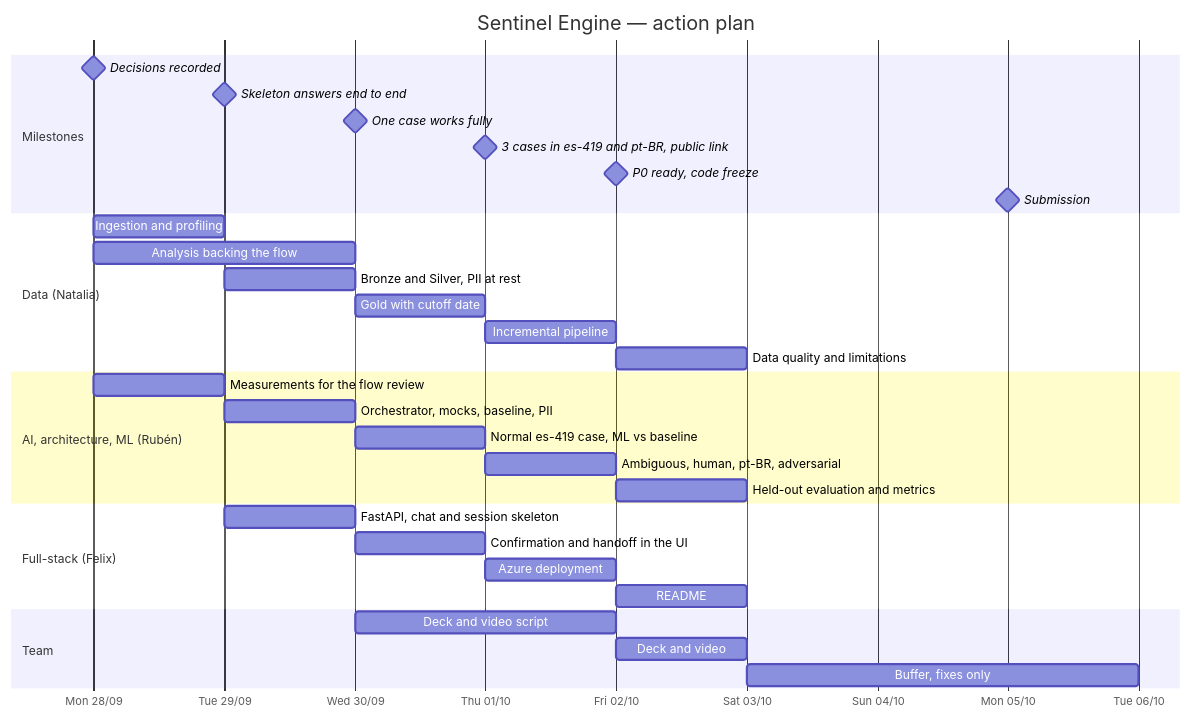
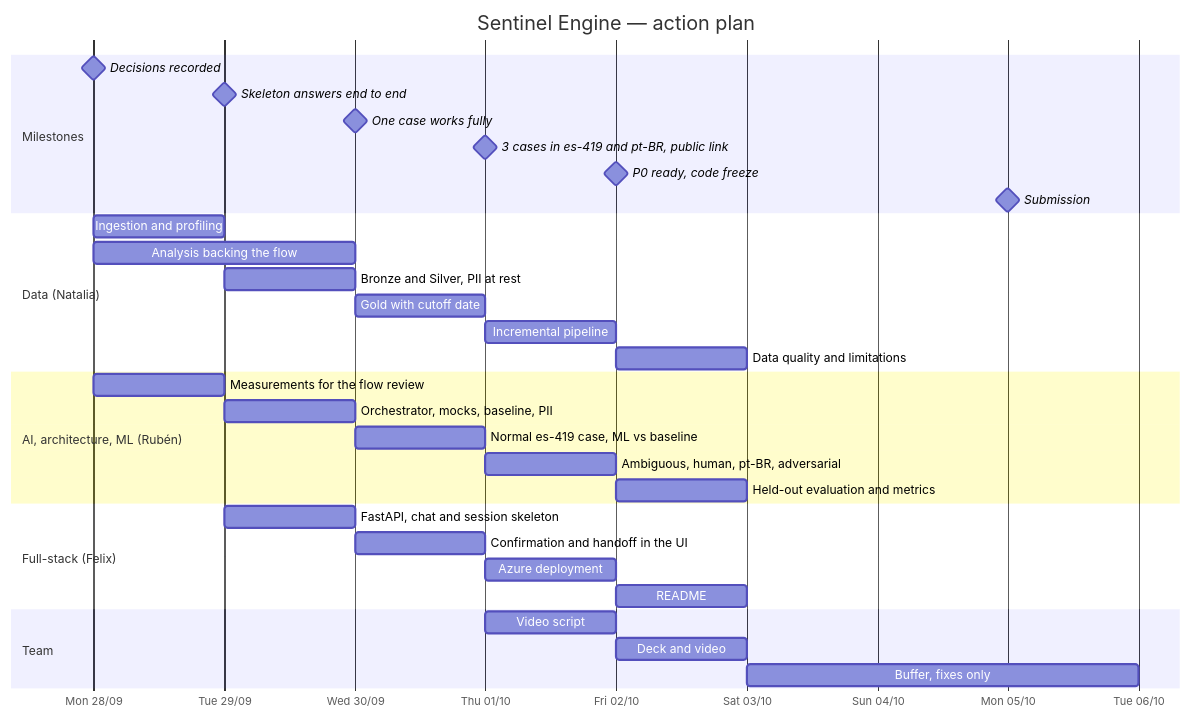
One commit to rdorta27/factored-hackathon-2026-sentinel-engine changed the fifth of 5 diagrams in docs/build/architecture-roadmap.md. Above: the diagram before and after it, drawn with Mermaid. The commit also changed other lines of this file and 9 other files, not shown here.

````diff
--- a/docs/build/architecture-roadmap.md
+++ b/docs/build/architecture-roadmap.md
@@ -126,37 +126,37 @@
 ```mermaid
 gantt
     title Sentinel Engine — action plan
     dateFormat YYYY-MM-DD
     axisFormat %a %d/%m
     tickInterval 1day
     todayMarker off
     section Milestones
     Decisions recorded                     :milestone, m1, 2026-09-28, 0d
     Skeleton answers end to end            :milestone, m2, 2026-09-29, 0d
     One case works fully                   :milestone, m3, 2026-09-30, 0d
     3 cases in es-419 and pt-BR, public link      :milestone, m4, 2026-10-01, 0d
     P0 ready, code freeze                  :milestone, m5, 2026-10-02, 0d
     Submission                             :milestone, m6, 2026-10-05, 0d
     section Data (Natalia)
     Ingestion and profiling                :2026-09-28, 1d
     Analysis backing the flow              :2026-09-28, 2d
     Bronze and Silver, PII at rest         :2026-09-29, 1d
     Gold with cutoff date                  :2026-09-30, 1d
     Incremental pipeline                   :2026-10-01, 1d
     Data quality and limitations           :2026-10-02, 1d
     section AI, architecture, ML (Rubén)
     Measurements for the flow review       :2026-09-28, 1d
     Orchestrator, mocks, baseline, PII     :2026-09-29, 1d
     Normal es-419 case, ML vs baseline         :2026-09-30, 1d
     Ambiguous, human, pt-BR, adversarial   :2026-10-01, 1d
     Held-out evaluation and metrics        :2026-10-02, 1d
     section Full-stack (Felix)
     FastAPI, chat and session skeleton     :2026-09-29, 1d
     Confirmation and handoff in the UI     :2026-09-30, 1d
     Azure deployment                       :2026-10-01, 1d
     README                                 :2026-10-02, 1d
     section Team
-    Deck and video script                  :2026-09-30, 2d
+    Video script                           :2026-10-01, 1d
     Deck and video                         :2026-10-02, 1d
     Buffer, fixes only                     :2026-10-03, 3d
 ```
````
